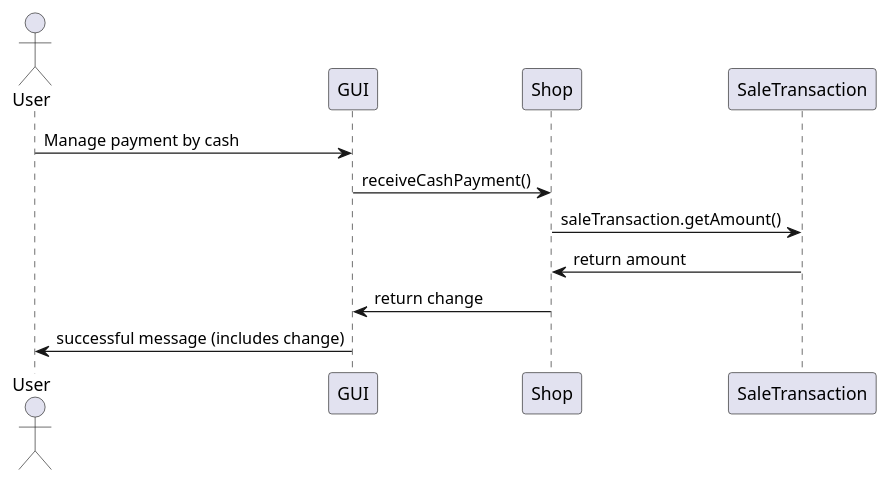
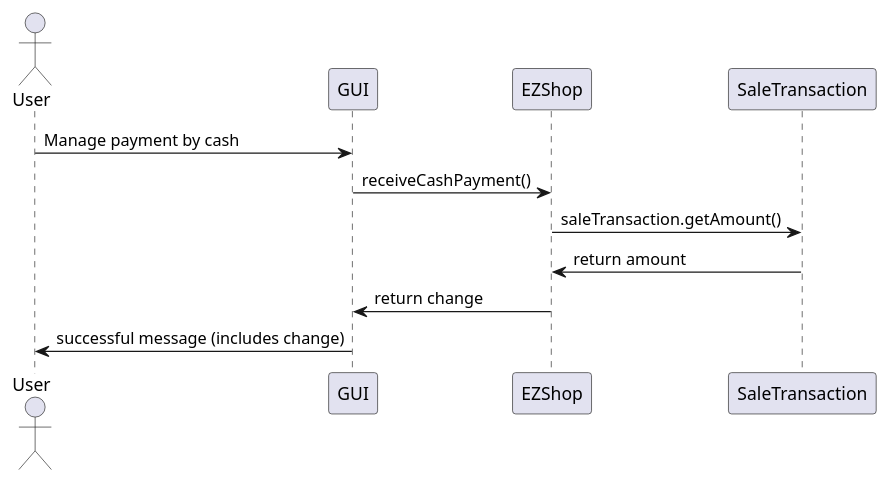
One commit to ThePiromaximus/ezshop changed diagram 16 of 19 in Deliverables/DesignDocument.md. Above: the diagram before and after it, drawn with PlantUML. The commit also changed other lines of this file, not shown here.

````diff
--- a/Deliverables/DesignDocument.md
+++ b/Deliverables/DesignDocument.md
@@ -497,11 +513,11 @@
 ```plantuml
 @startuml
 Actor User as U
 U -> GUI: Manage payment by cash
-GUI -> Shop: receiveCashPayment()
-Shop -> SaleTransaction: saleTransaction.getAmount()
-Shop <- SaleTransaction: return amount
-GUI <- Shop: return change
+GUI -> EZShop: receiveCashPayment()
+EZShop -> SaleTransaction: saleTransaction.getAmount()
+EZShop <- SaleTransaction: return amount
+GUI <- EZShop: return change
 U <- GUI: successful message (includes change)
 @enduml
 ```
````
